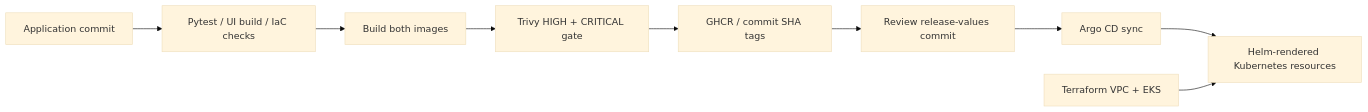
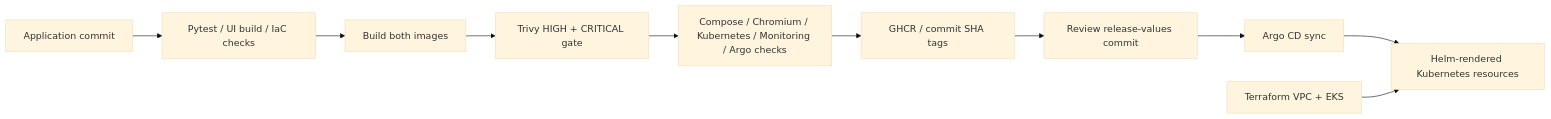
The second of 2 diagrams in README.md (THRISHAL12345/lastbite), drawn with Mermaid (base theme) before and after one commit. The commit also changed other lines of this file and 5 other files, not shown here.

````diff
--- a/README.md
+++ b/README.md
@@ -50,11 +54,12 @@
 ```mermaid
 flowchart LR
     Commit[Application commit] --> Tests[Pytest / UI build / IaC checks]
     Tests --> Build[Build both images]
     Build --> Scan[Trivy HIGH + CRITICAL gate]
-    Scan --> GHCR[GHCR / commit SHA tags]
+    Scan --> Integration[Compose / Chromium / Kubernetes / Monitoring / Argo checks]
+    Integration --> GHCR[GHCR / commit SHA tags]
     GHCR --> Review[Review release-values commit]
     Review --> Argo[Argo CD sync]
     Argo --> Helm[Helm-rendered Kubernetes resources]
     Terraform[Terraform VPC + EKS] --> Helm
 ```
````
